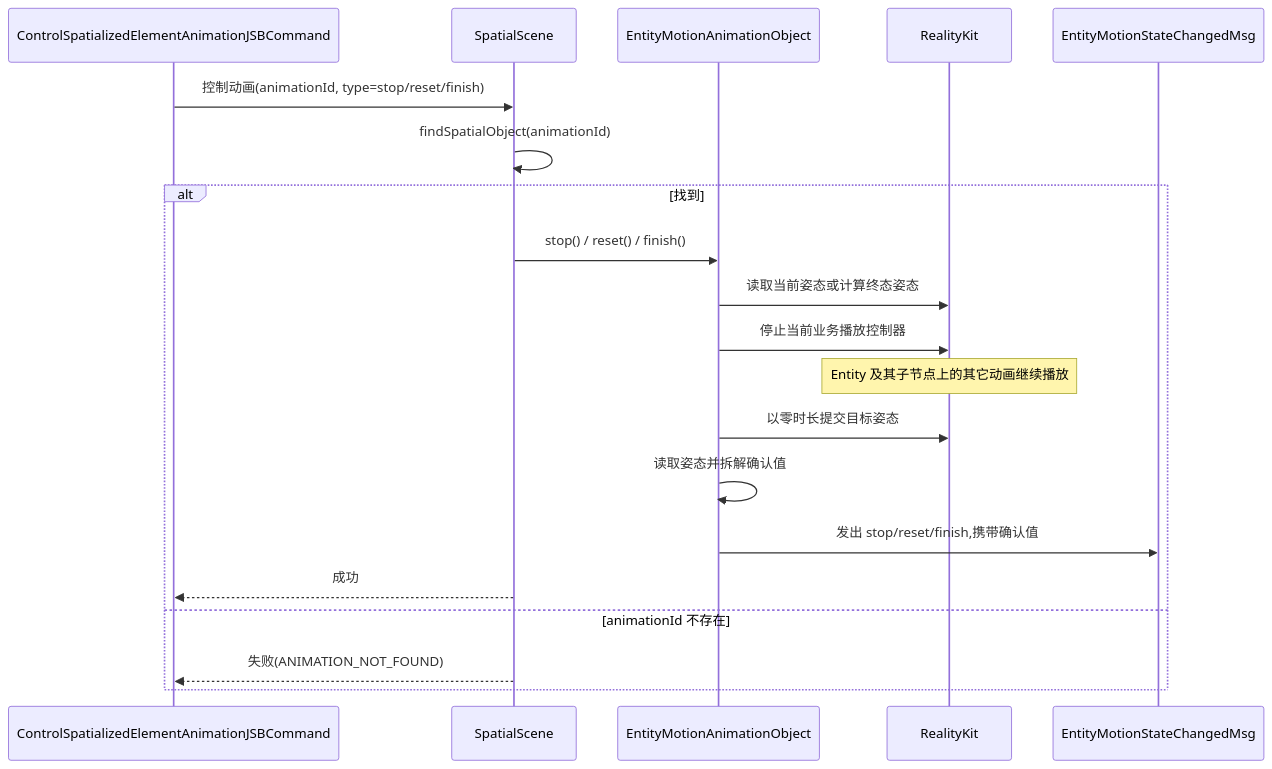
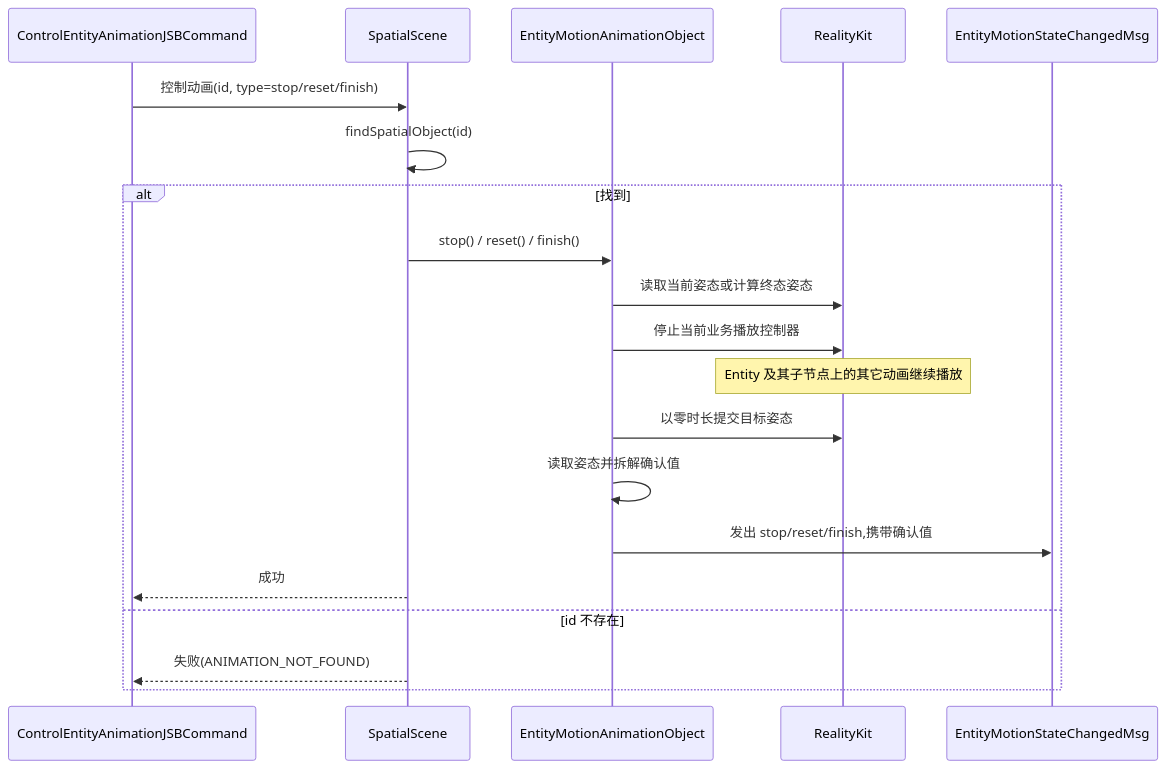
One commit to webspatial/webspatial-sdk changed diagram 13 of 14 in openspec/changes/redesign-entity-motion-api/design.zh.md. Above: the diagram before and after it, drawn with Mermaid. The commit also changed other lines of this file and 7 other files, not shown here.

````diff
--- a/openspec/changes/redesign-entity-motion-api/design.zh.md
+++ b/openspec/changes/redesign-entity-motion-api/design.zh.md
@@ -1153,23 +1229,23 @@
 ```mermaid
 sequenceDiagram
-    participant JSB as ControlSpatializedElementAnimationJSBCommand
+    participant JSB as ControlEntityAnimationJSBCommand
     participant Scene as SpatialScene
     participant Obj as EntityMotionAnimationObject
     participant RK as RealityKit
     participant Event as EntityMotionStateChangedMsg
 
-    JSB->>Scene: 控制动画(animationId, type=stop/reset/finish)
-    Scene->>Scene: findSpatialObject(animationId)
+    JSB->>Scene: 控制动画(id, type=stop/reset/finish)
+    Scene->>Scene: findSpatialObject(id)
     alt 找到
         Scene->>Obj: stop() / reset() / finish()
         Obj->>RK: 读取当前姿态或计算终态姿态
         Obj->>RK: 停止当前业务播放控制器
         Note over RK: Entity 及其子节点上的其它动画继续播放
         Obj->>RK: 以零时长提交目标姿态
         Obj->>Obj: 读取姿态并拆解确认值
         Obj->>Event: 发出 stop/reset/finish,携带确认值
         Scene-->>JSB: 成功
-    else animationId 不存在
+    else id 不存在
         Scene-->>JSB: 失败(ANIMATION_NOT_FOUND)
     end
 ```
````
